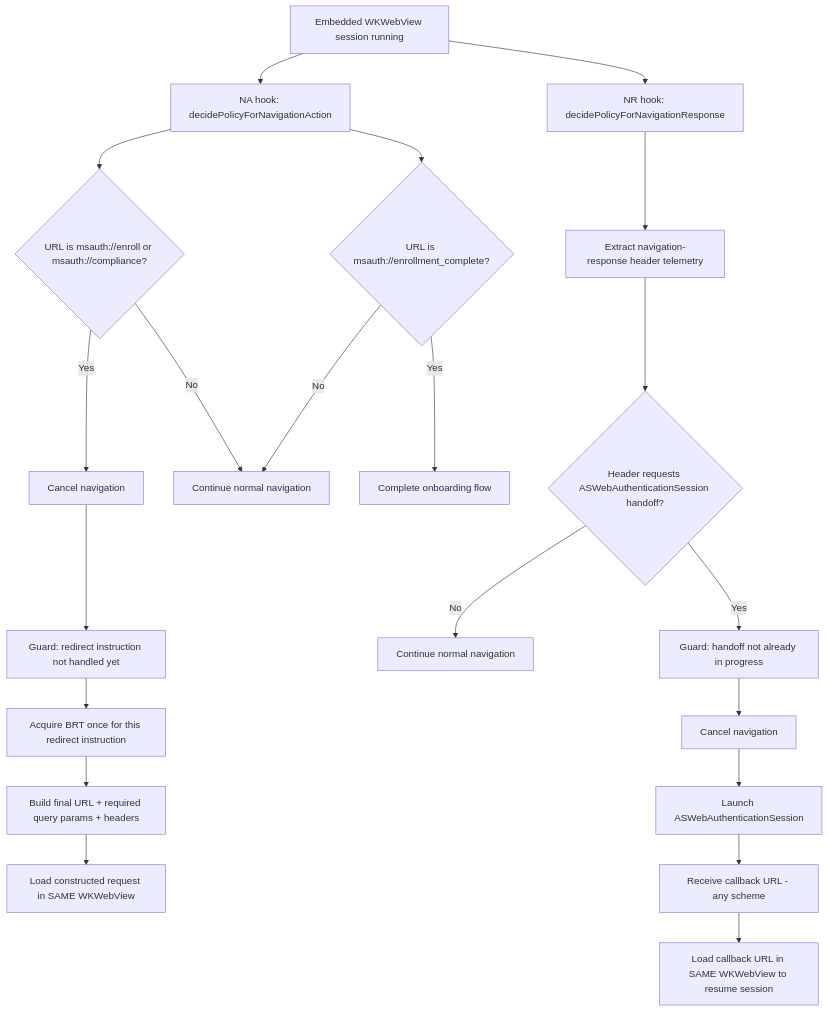
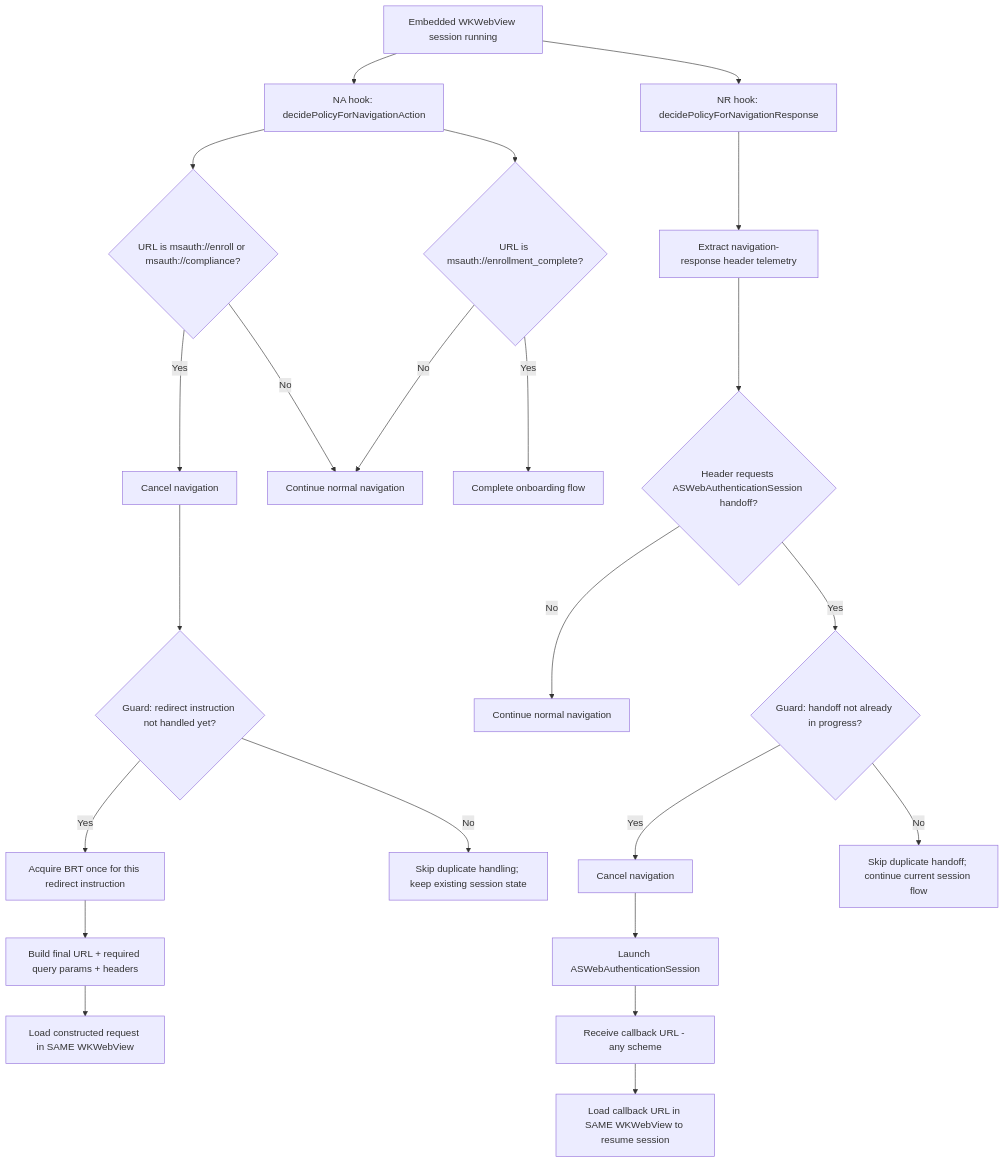
The first of 3 diagrams in docs/design/mdm-onboarding-approach-comparison.md (AzureAD/microsoft-authentication-library-for-objc), drawn with Mermaid before and after one commit. The commit also changed other lines of this file, not shown here.

First line of the commit message:
Refine onboarding diagrams with hook definitions and guard-failure branches

````diff
--- a/docs/design/mdm-onboarding-approach-comparison.md
+++ b/docs/design/mdm-onboarding-approach-comparison.md
@@ -13,30 +13,32 @@
 ```mermaid
 flowchart TD
     Start[Embedded WKWebView session running]
     NA[NA hook: decidePolicyForNavigationAction]
     NR[NR hook: decidePolicyForNavigationResponse]
 
     Start --> NA
     Start --> NR
 
     NA --> NA1{URL is msauth://enroll or msauth://compliance?}
     NA1 -- Yes --> NA2[Cancel navigation]
-    NA2 --> NA3[Guard: redirect instruction not handled yet]
-    NA3 --> NA4[Acquire BRT once for this redirect instruction]
+    NA2 --> NA3{Guard: redirect instruction not handled yet?}
+    NA3 -- Yes --> NA4[Acquire BRT once for this redirect instruction]
+    NA3 -- No --> NA10[Skip duplicate handling; keep existing session state]
     NA4 --> NA5[Build final URL + required query params + headers]
     NA5 --> NA6[Load constructed request in SAME WKWebView]
     NA1 -- No --> NA7[Continue normal navigation]
 
     NA --> NA8{URL is msauth://enrollment_complete?}
     NA8 -- Yes --> NA9[Complete onboarding flow]
     NA8 -- No --> NA7
 
     NR --> NR1[Extract navigation-response header telemetry]
     NR1 --> NR2{Header requests ASWebAuthenticationSession handoff?}
     NR2 -- No --> NR3[Continue normal navigation]
-    NR2 -- Yes --> NR4[Guard: handoff not already in progress]
-    NR4 --> NR5[Cancel navigation]
+    NR2 -- Yes --> NR4{Guard: handoff not already in progress?}
+    NR4 -- Yes --> NR5[Cancel navigation]
+    NR4 -- No --> NR9[Skip duplicate handoff; continue current session flow]
     NR5 --> NR6[Launch ASWebAuthenticationSession]
     NR6 --> NR7[Receive callback URL - any scheme]
     NR7 --> NR8[Load callback URL in SAME WKWebView to resume session]
 ```
````
